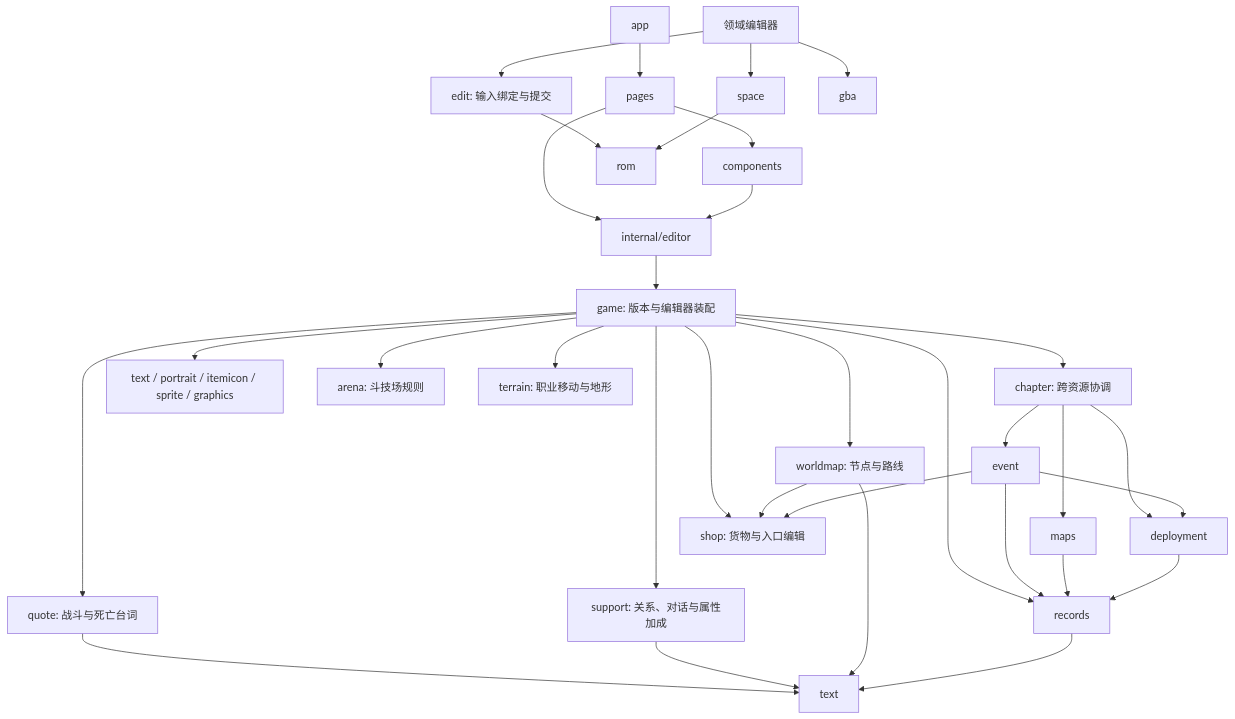
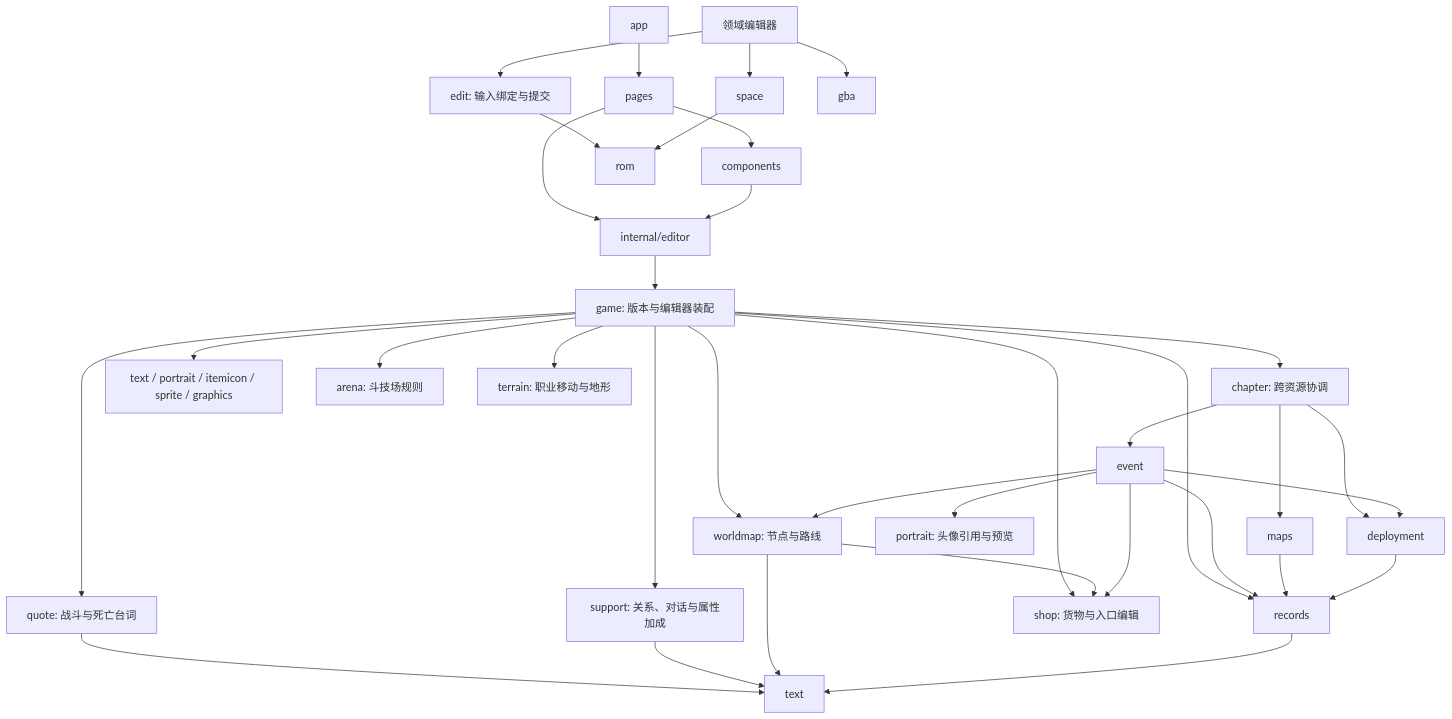
One commit to woxQAQ/febuildergba-mygo changed the first of 2 diagrams in docs/architecture.md. Above: the diagram before and after it, drawn with Mermaid. The commit also changed other lines of this file and 45 other files, not shown here.

````diff
--- a/docs/architecture.md
+++ b/docs/architecture.md
@@ -61,35 +61,37 @@
 ```mermaid
 flowchart TD
     App[app] --> Pages[pages]
     Pages --> Components[components]
     Pages --> State[internal/editor]
     Components --> State
     State --> Game[game: 版本与编辑器装配]
     Game --> Chapter[chapter: 跨资源协调]
     Game --> Records[records]
     Game --> Media[text / portrait / itemicon / sprite / graphics]
     Chapter --> Maps[maps]
     Chapter --> Event[event]
     Chapter --> Deployment[deployment]
     Event --> Deployment
     Game --> Quote[quote: 战斗与死亡台词]
     Quote --> Text
     Game --> Arena[arena: 斗技场规则]
     Game --> Support[support: 关系、对话与属性加成]
     Game --> Terrain[terrain: 职业移动与地形]
     Support --> Text
     Game --> Shop[shop: 货物与入口编辑]
     Game --> Worldmap[worldmap: 节点与路线]
     Worldmap --> Shop
     Worldmap --> Text
+    Event --> Portrait[portrait: 头像引用与预览]
+    Event --> Worldmap
     Event --> Shop
     Event --> Records
     Maps --> Records
     Deployment --> Records
     Records --> Text[text]
     Domain[领域编辑器] --> Edit[edit: 输入绑定与提交]
     Edit --> ROM[rom]
     Domain --> Space[space]
     Domain --> GBA[gba]
     Space --> ROM
 ```
````
